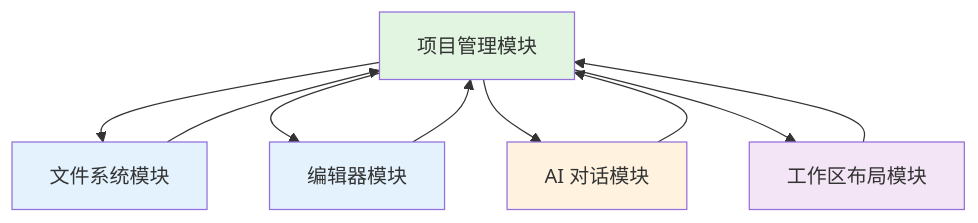
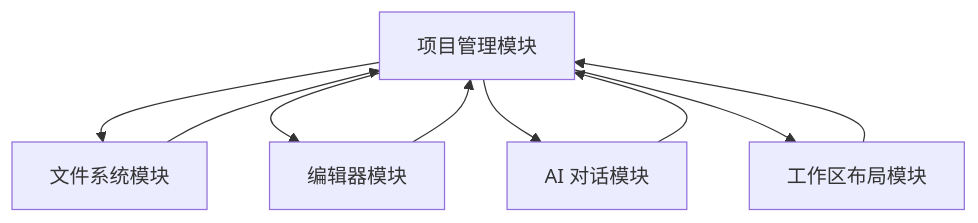
One commit to Gao-Jinlong/my-km changed the first of 4 diagrams in docs/spec/modules/project-management.md. Above: the diagram before and after it, drawn with Mermaid. The commit also changed other lines of this file and 18 other files, not shown here.

````diff
--- a/docs/spec/modules/project-management.md
+++ b/docs/spec/modules/project-management.md
@@ -34,20 +35,14 @@
 ```mermaid
 graph TB
     PM[项目管理模块]
 
     PM --> FSM[文件系统模块]
     PM --> ED[编辑器模块]
     PM --> AIC[AI 对话模块]
     PM --> WS[工作区布局模块]
 
     FSM --> PM
     ED --> PM
     AIC --> PM
     WS --> PM
-
-    style PM fill:#e1f5e1
-    style FSM fill:#e3f2fd
-    style ED fill:#e3f2fd
-    style AIC fill:#fff3e0
-    style WS fill:#f3e5f5
 ```
````
